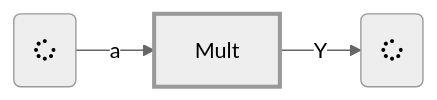
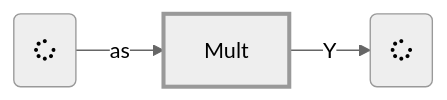
Before and after one commit to masc-ucsc/docs: the second of 4 diagrams in docs/livehd/05-lgraph.md, drawn with Mermaid (neutral theme). The commit also changed other lines of this file and 21 other files, not shown here.

````diff
--- a/docs/livehd/05-lgraph.md
+++ b/docs/livehd/05-lgraph.md
@@ -397,6 +399,6 @@
 ``` mermaid
 graph LR
     cell  --Y--> c(fa:fa-spinner)
-    a(fa:fa-spinner) --a--> cell[Mult]:::cell
+    a(fa:fa-spinner) --as--> cell[Mult]:::cell
     classDef cell stroke-width:3px
 ```
````
